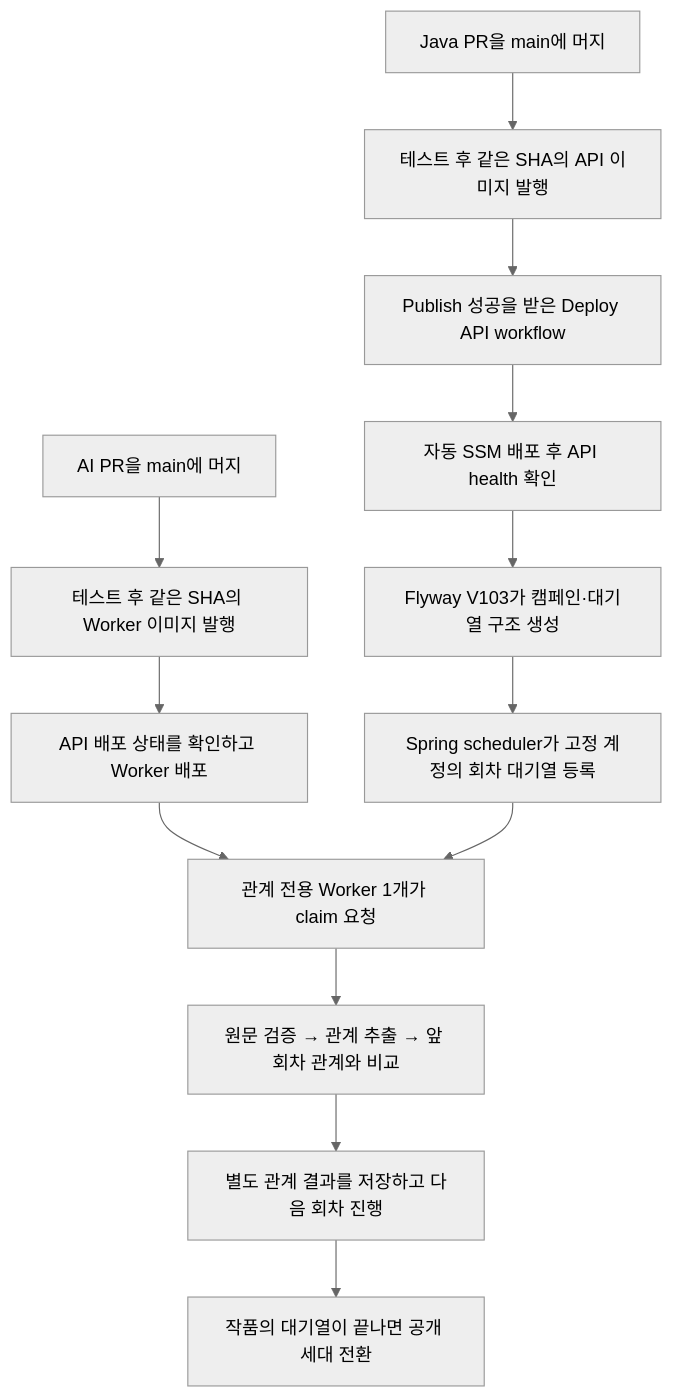
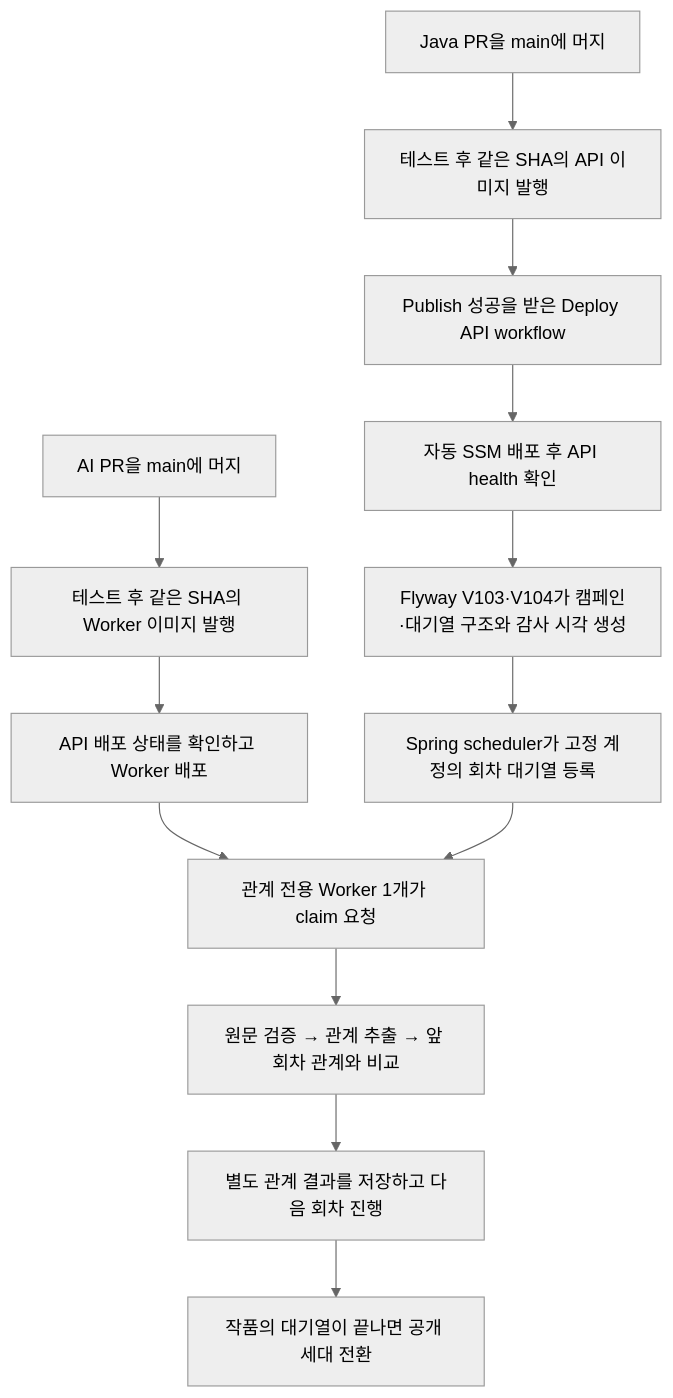
Before and after one commit to catchhole-soma/catchhole-backend-ai: the diagram in docs/relationship-cohort-backfill.md, drawn with Mermaid (neutral theme). The commit also changed other lines of this file, not shown here.

````diff
--- a/docs/relationship-cohort-backfill.md
+++ b/docs/relationship-cohort-backfill.md
@@ -39,15 +39,15 @@
 ```mermaid
 flowchart TD
   A[Java PR을 main에 머지] --> B[테스트 후 같은 SHA의 API 이미지 발행]
   B --> C[Publish 성공을 받은 Deploy API workflow]
   C --> D[자동 SSM 배포 후 API health 확인]
-  D --> E[Flyway V103가 캠페인·대기열 구조 생성]
+  D --> E[Flyway V103·V104가 캠페인·대기열 구조와 감사 시각 생성]
   E --> F[Spring scheduler가 고정 계정의 회차 대기열 등록]
   G[AI PR을 main에 머지] --> H[테스트 후 같은 SHA의 Worker 이미지 발행]
   H --> I[API 배포 상태를 확인하고 Worker 배포]
   I --> J[관계 전용 Worker 1개가 claim 요청]
   F --> J
   J --> K[원문 검증 → 관계 추출 → 앞 회차 관계와 비교]
   K --> L[별도 관계 결과를 저장하고 다음 회차 진행]
   L --> M[작품의 대기열이 끝나면 공개 세대 전환]
 ```
````
